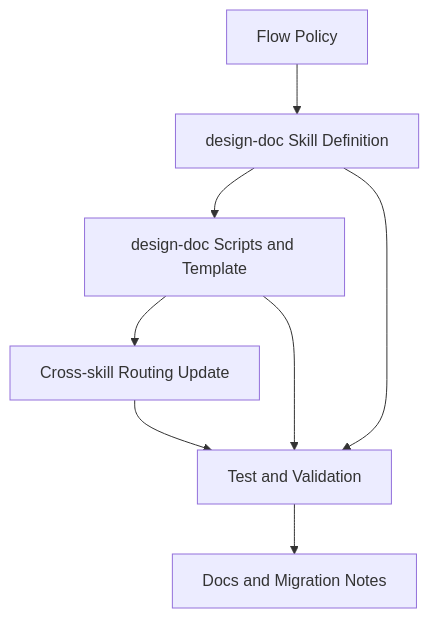
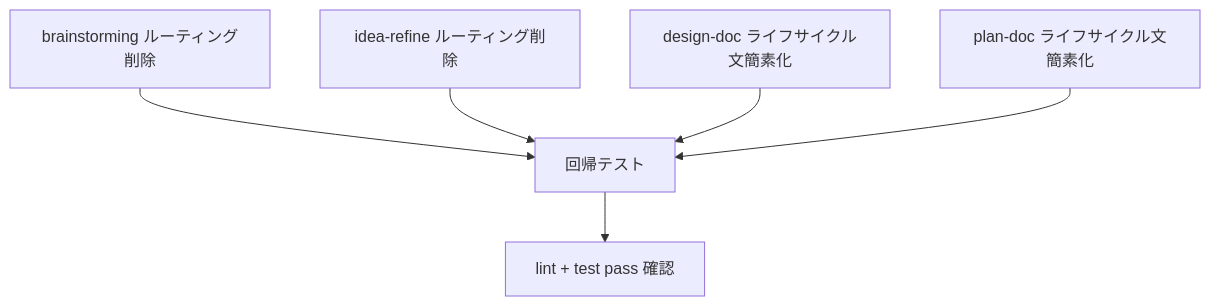
Before and after one commit to scarecrow173/apm-packages: the diagram in packages/doc-driven-dev-apm/tasks/plan.md, drawn with Mermaid. The commit also changed other lines of this file and 14 other files, not shown here.

First line of the commit message:
feat(doc-driven-dev): add doc-driven-dev-flow meta skill and simplify existing skills

````diff
--- a/packages/doc-driven-dev-apm/tasks/plan.md
+++ b/packages/doc-driven-dev-apm/tasks/plan.md
@@ -22,10 +26,8 @@
 ```mermaid
 graph TD
-  A[Flow Policy] --> B[design-doc Skill Definition]
-  B --> C[design-doc Scripts and Template]
-  C --> D[Cross-skill Routing Update]
-  D --> E[Test and Validation]
-  B --> E
-  C --> E
-  E --> F[Docs and Migration Notes]
+  A[brainstorming ルーティング削除] --> E[回帰テスト]
+  B[idea-refine ルーティング削除] --> E
+  C[design-doc ライフサイクル文簡素化] --> E
+  D[plan-doc ライフサイクル文簡素化] --> E
+  E --> F[lint + test pass 確認]
 ```
````
